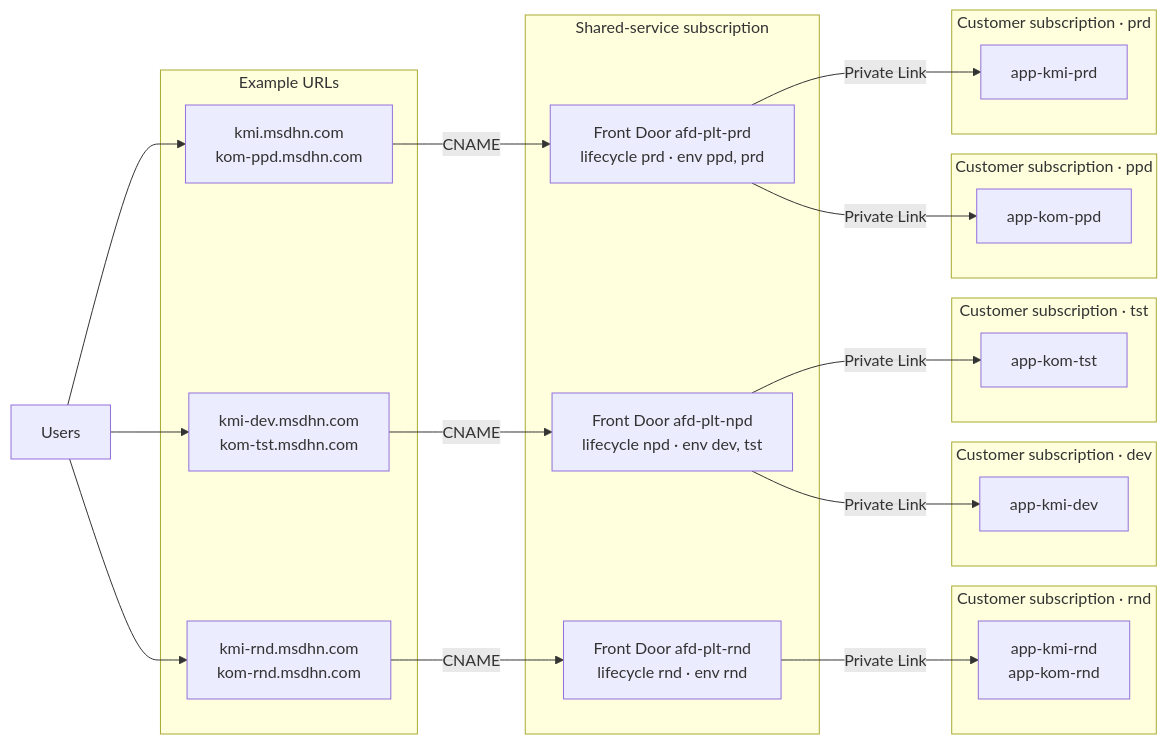
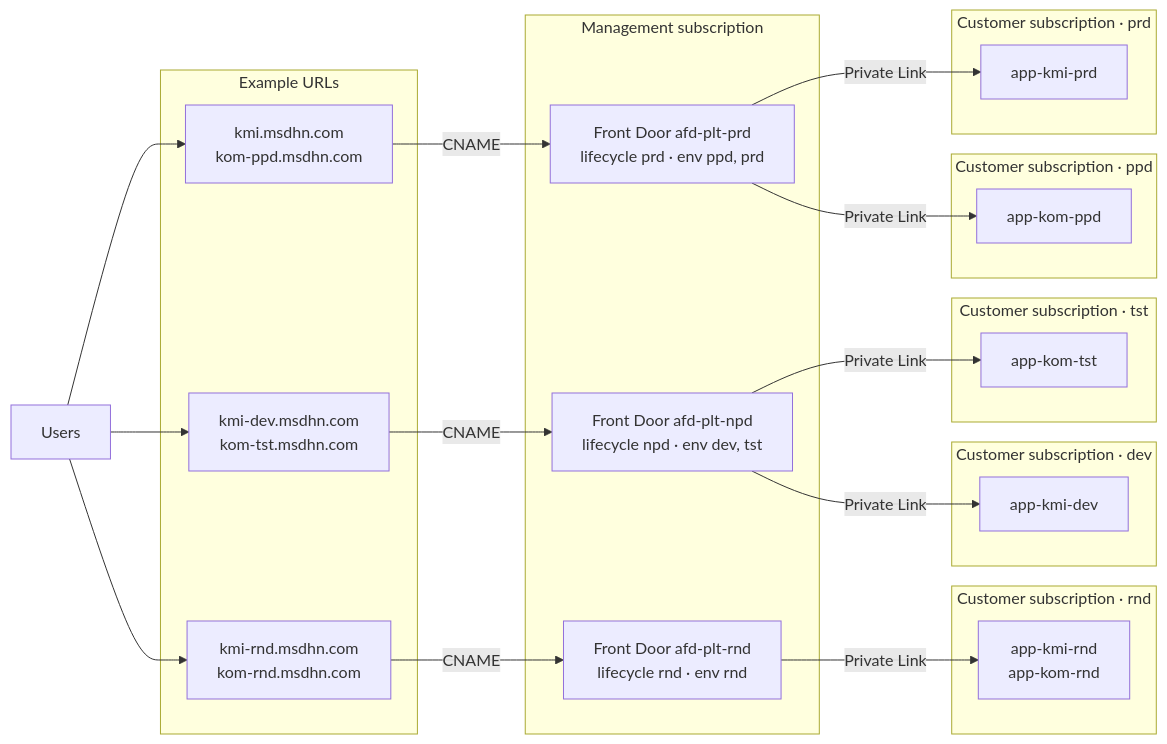
One commit to msdhn/msdhn-projects changed the first of 2 diagrams in architecture/frontdoor/frontdoor_design.md. Above: the diagram before and after it, drawn with Mermaid. The commit also changed other lines of this file, not shown here.

````diff
--- a/architecture/frontdoor/frontdoor_design.md
+++ b/architecture/frontdoor/frontdoor_design.md
@@ -28,42 +28,42 @@
 ```mermaid
 flowchart LR
     user["Users"]
 
     subgraph urls["Example URLs"]
         urnd["kmi-rnd.msdhn.com<br/>kom-rnd.msdhn.com"]
         unpd["kmi-dev.msdhn.com<br/>kom-tst.msdhn.com"]
         uprd["kmi.msdhn.com<br/>kom-ppd.msdhn.com"]
     end
 
-    subgraph shared["Shared-service subscription"]
+    subgraph shared["Management subscription"]
         afdrnd["Front Door afd-plt-rnd<br/>lifecycle rnd · env rnd"]
         afdnpd["Front Door afd-plt-npd<br/>lifecycle npd · env dev, tst"]
         afdprd["Front Door afd-plt-prd<br/>lifecycle prd · env ppd, prd"]
     end
 
     subgraph subrnd["Customer subscription · rnd"]
         arnd["app-kmi-rnd<br/>app-kom-rnd"]
     end
     subgraph subdev["Customer subscription · dev"]
         adev["app-kmi-dev"]
     end
     subgraph subtst["Customer subscription · tst"]
         atst["app-kom-tst"]
     end
     subgraph subppd["Customer subscription · ppd"]
         appd["app-kom-ppd"]
     end
     subgraph subprd["Customer subscription · prd"]
         aprd["app-kmi-prd"]
     end
 
     user --> urnd & unpd & uprd
     urnd -->|CNAME| afdrnd
     unpd -->|CNAME| afdnpd
     uprd -->|CNAME| afdprd
     afdrnd -->|Private Link| arnd
     afdnpd -->|Private Link| adev
     afdnpd -->|Private Link| atst
     afdprd -->|Private Link| appd
     afdprd -->|Private Link| aprd
 ```
````
